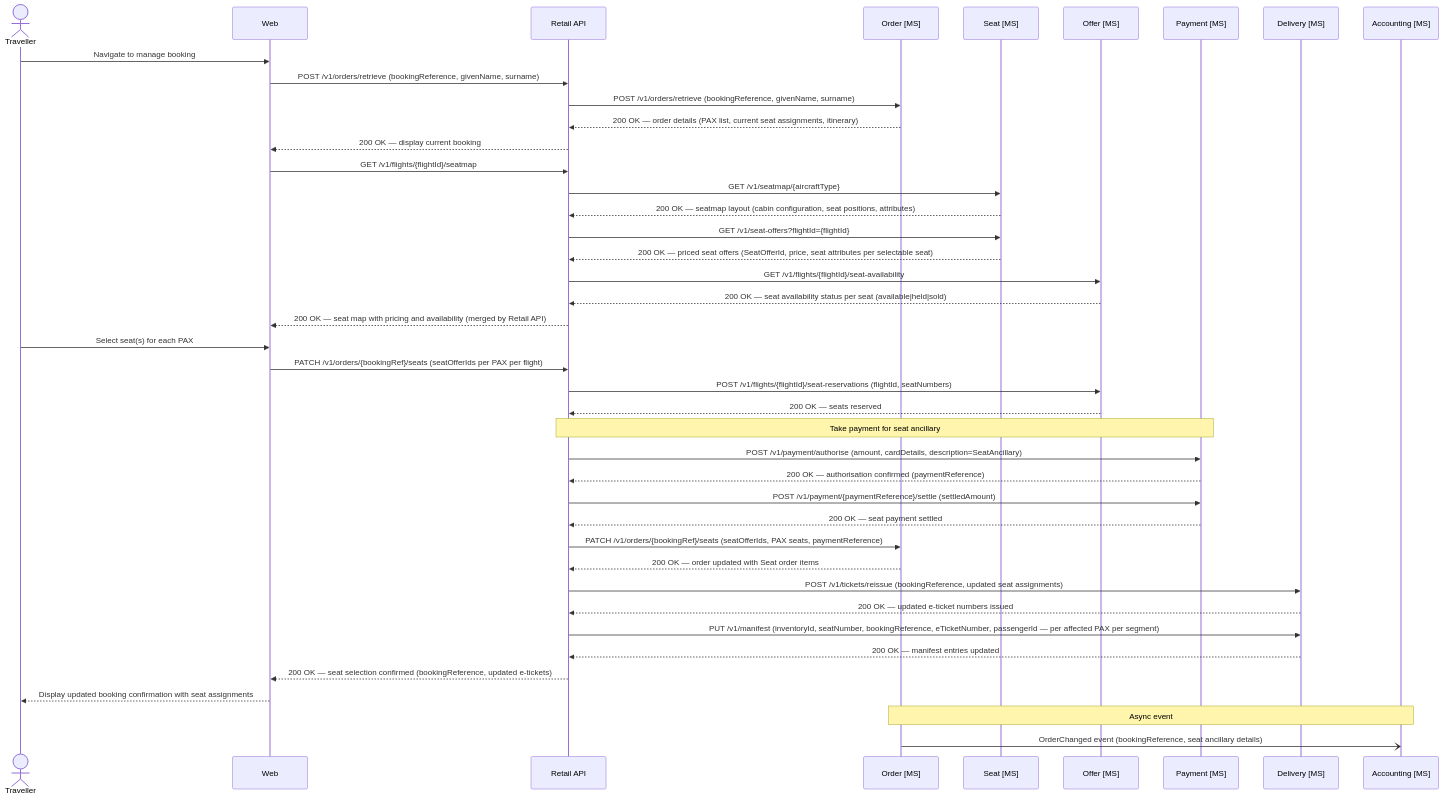
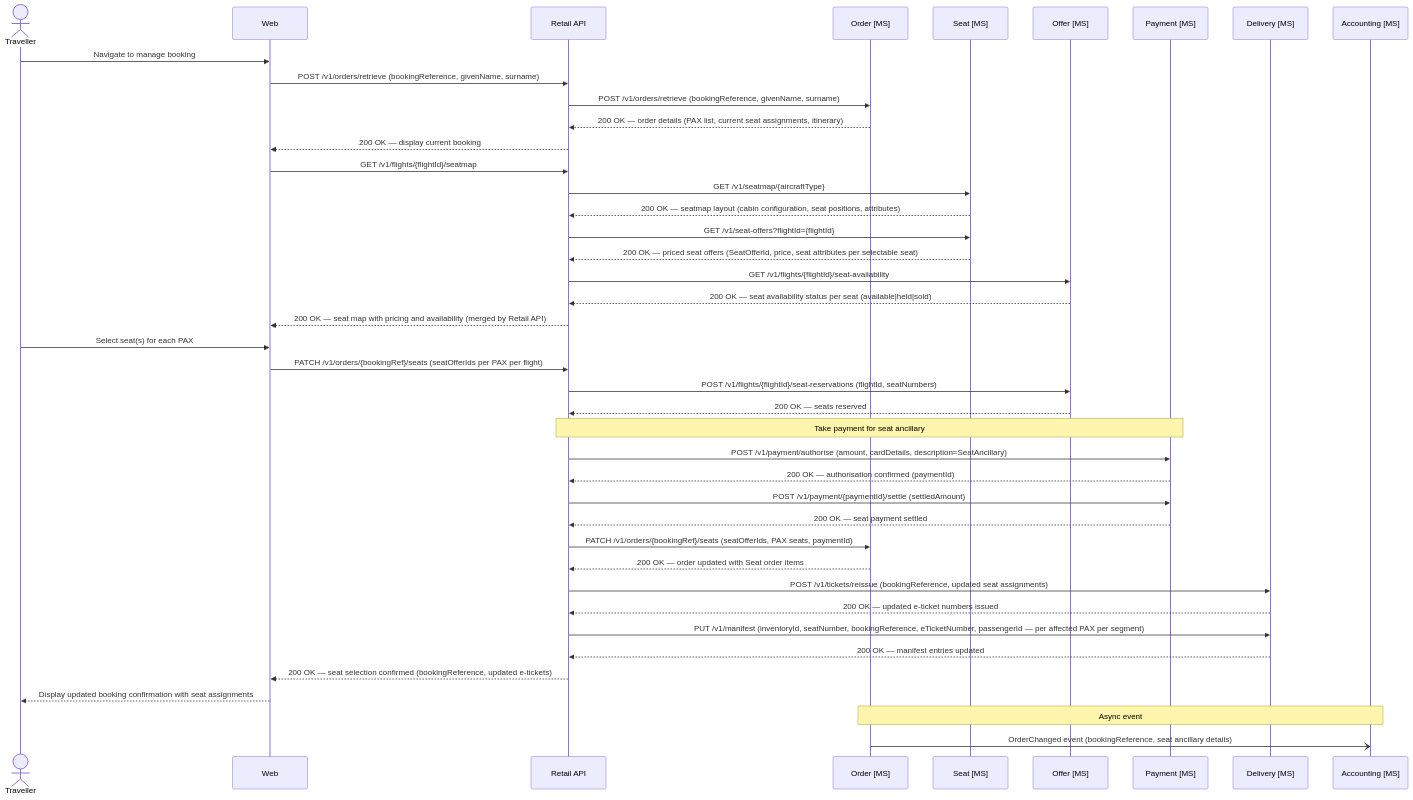
One commit to sebharvey/airline-reservation-system changed the second of 2 diagrams in documentation/design/seat.md. Above: the diagram before and after it, drawn with Mermaid. The commit also changed 13 other files, not shown here.

First line of the commit message:
Replace PaymentReference with PaymentId across all documentation

````diff
--- a/documentation/design/seat.md
+++ b/documentation/design/seat.md
@@ -57,56 +57,56 @@
 ```mermaid
 sequenceDiagram
     actor Traveller
     participant Web
     participant RetailAPI as Retail API
     participant OrderMS as Order [MS]
     participant SeatMS as Seat [MS]
     participant OfferMS as Offer [MS]
     participant PaymentMS as Payment [MS]
     participant DeliveryMS as Delivery [MS]
     participant AccountingMS as Accounting [MS]
 
     Traveller->>Web: Navigate to manage booking
 
     Web->>RetailAPI: POST /v1/orders/retrieve (bookingReference, givenName, surname)
     RetailAPI->>OrderMS: POST /v1/orders/retrieve (bookingReference, givenName, surname)
     OrderMS-->>RetailAPI: 200 OK — order details (PAX list, current seat assignments, itinerary)
     RetailAPI-->>Web: 200 OK — display current booking
 
     Web->>RetailAPI: GET /v1/flights/{flightId}/seatmap
     RetailAPI->>SeatMS: GET /v1/seatmap/{aircraftType}
     SeatMS-->>RetailAPI: 200 OK — seatmap layout (cabin configuration, seat positions, attributes)
     RetailAPI->>SeatMS: GET /v1/seat-offers?flightId={flightId}
     SeatMS-->>RetailAPI: 200 OK — priced seat offers (SeatOfferId, price, seat attributes per selectable seat)
     RetailAPI->>OfferMS: GET /v1/flights/{flightId}/seat-availability
     OfferMS-->>RetailAPI: 200 OK — seat availability status per seat (available|held|sold)
     RetailAPI-->>Web: 200 OK — seat map with pricing and availability (merged by Retail API)
 
     Traveller->>Web: Select seat(s) for each PAX
 
     Web->>RetailAPI: PATCH /v1/orders/{bookingRef}/seats (seatOfferIds per PAX per flight)
 
     RetailAPI->>OfferMS: POST /v1/flights/{flightId}/seat-reservations (flightId, seatNumbers)
     OfferMS-->>RetailAPI: 200 OK — seats reserved
 
     Note over RetailAPI, PaymentMS: Take payment for seat ancillary
     RetailAPI->>PaymentMS: POST /v1/payment/authorise (amount, cardDetails, description=SeatAncillary)
-    PaymentMS-->>RetailAPI: 200 OK — authorisation confirmed (paymentReference)
-    RetailAPI->>PaymentMS: POST /v1/payment/{paymentReference}/settle (settledAmount)
+    PaymentMS-->>RetailAPI: 200 OK — authorisation confirmed (paymentId)
+    RetailAPI->>PaymentMS: POST /v1/payment/{paymentId}/settle (settledAmount)
     PaymentMS-->>RetailAPI: 200 OK — seat payment settled
 
-    RetailAPI->>OrderMS: PATCH /v1/orders/{bookingRef}/seats (seatOfferIds, PAX seats, paymentReference)
+    RetailAPI->>OrderMS: PATCH /v1/orders/{bookingRef}/seats (seatOfferIds, PAX seats, paymentId)
     OrderMS-->>RetailAPI: 200 OK — order updated with Seat order items
 
     RetailAPI->>DeliveryMS: POST /v1/tickets/reissue (bookingReference, updated seat assignments)
     DeliveryMS-->>RetailAPI: 200 OK — updated e-ticket numbers issued
 
     RetailAPI->>DeliveryMS: PUT /v1/manifest (inventoryId, seatNumber, bookingReference, eTicketNumber, passengerId — per affected PAX per segment)
     DeliveryMS-->>RetailAPI: 200 OK — manifest entries updated
 
     RetailAPI-->>Web: 200 OK — seat selection confirmed (bookingReference, updated e-tickets)
     Web-->>Traveller: Display updated booking confirmation with seat assignments
 
     Note over OrderMS, AccountingMS: Async event
     OrderMS-)AccountingMS: OrderChanged event (bookingReference, seat ancillary details)
 ```
````
